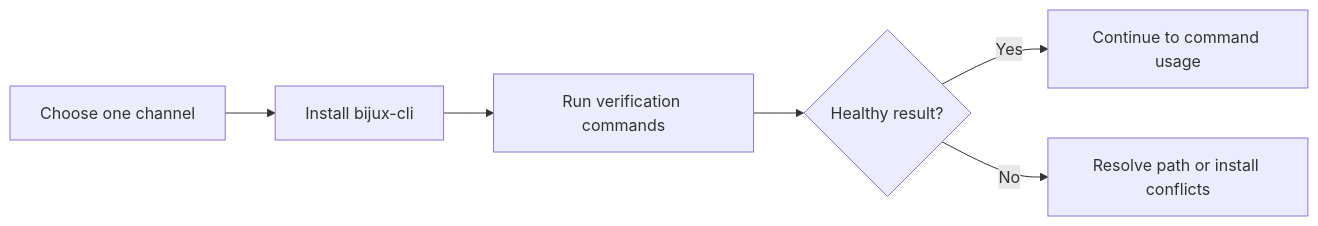
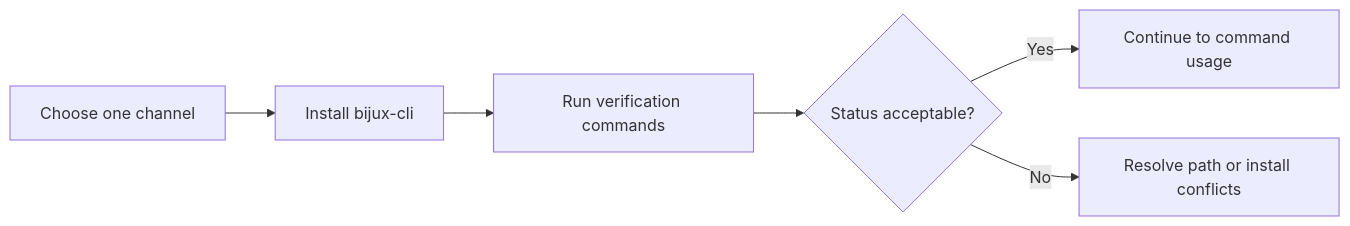
Before and after one commit to bijux/bijux-cli: the first of 2 diagrams in docs/02-getting-started/install-and-verify.md, drawn with Mermaid. The commit also changed other lines of this file and 4 other files, not shown here.

````diff
--- a/docs/02-getting-started/install-and-verify.md
+++ b/docs/02-getting-started/install-and-verify.md
@@ -8,8 +8,8 @@
 ```mermaid
 flowchart LR
     A[Choose one channel] --> B[Install bijux-cli]
     B --> C[Run verification commands]
-    C --> D{Healthy result?}
+    C --> D{Status acceptable?}
     D -->|Yes| E[Continue to command usage]
     D -->|No| F[Resolve path or install conflicts]
 ```
````
